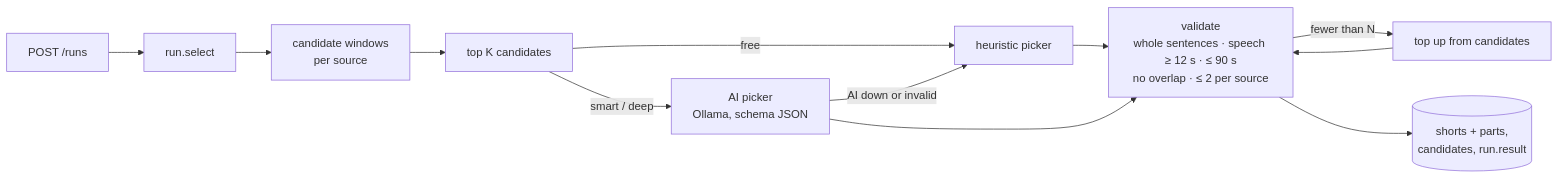
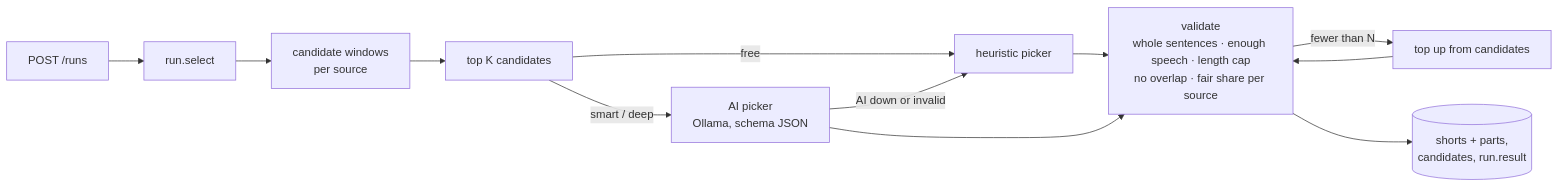
Before and after one commit to wajidturi/ClipForge: the diagram in docs/pipeline/selection.md, drawn with Mermaid. The commit also changed other lines of this file and 21 other files, not shown here.

First line of the commit message:
Phase 6c: long videos, many Shorts per run, length presets

````diff
--- a/docs/pipeline/selection.md
+++ b/docs/pipeline/selection.md
@@ -7,11 +7,11 @@
 ```mermaid
 flowchart LR
   R[POST /runs] --> J[run.select]
   J --> W[candidate windows<br/>per source] --> K[top K candidates]
   K -->|free| H[heuristic picker]
   K -->|smart / deep| A[AI picker<br/>Ollama, schema JSON]
   A -- AI down or invalid --> H
-  H & A --> V[validate<br/>whole sentences · speech ≥ 12 s · ≤ 90 s<br/>no overlap · ≤ 2 per source]
+  H & A --> V[validate<br/>whole sentences · enough speech · length cap<br/>no overlap · fair share per source]
   V -- fewer than N --> T[top up from candidates] --> V
   V --> S[(shorts + parts,<br/>candidates, run.result)]
 ```
````
